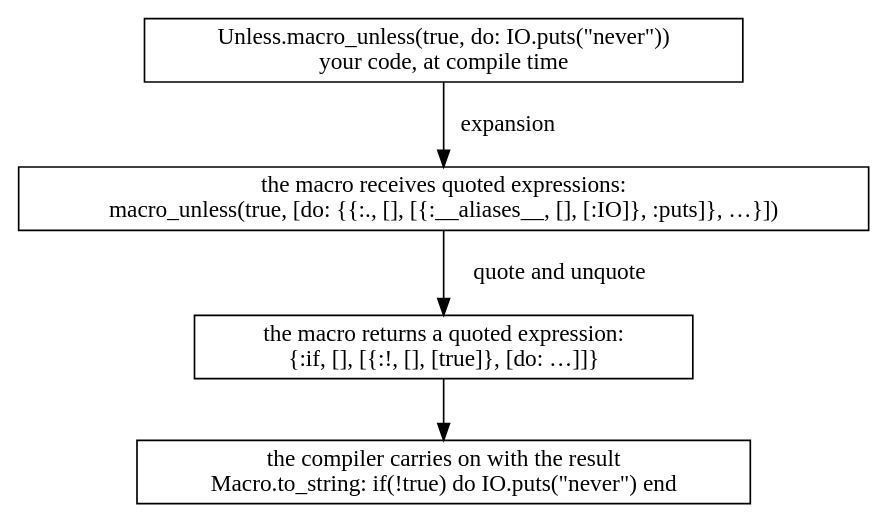
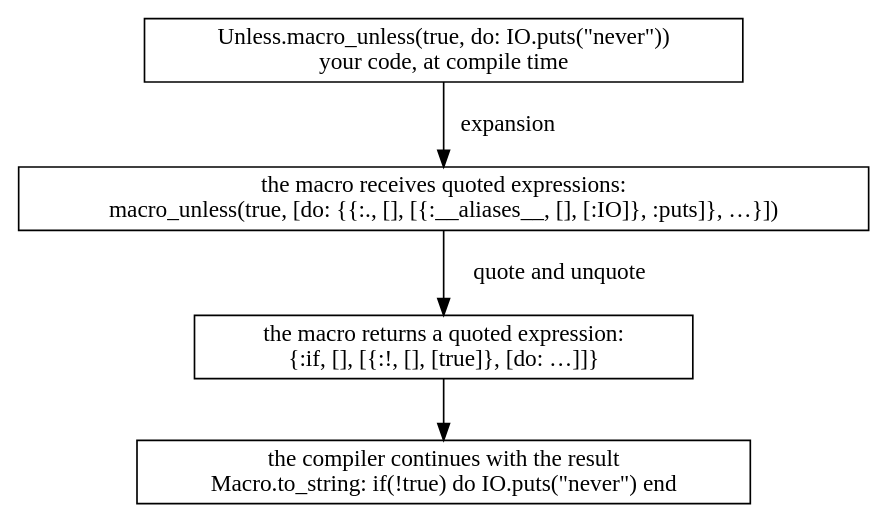
One commit to danceinthefake/visualixir changed the diagram in docs/diagrams/macros/expansion.dot. Above: the diagram before and after it, drawn with Graphviz. The commit also changed 37 other files, not shown here.

```diff
--- a/docs/diagrams/macros/expansion.dot
+++ b/docs/diagrams/macros/expansion.dot
@@ -1,10 +1,10 @@
 digraph expansion {
   node [shape=box]
   src [label="Unless.macro_unless(true, do: IO.puts(\"never\"))\nyour code, at compile time"]
   rec [label="the macro receives quoted expressions:\nmacro_unless(true, [do: {{:., [], [{:__aliases__, [], [:IO]}, :puts]}, …}])"]
   ret [label="the macro returns a quoted expression:\n{:if, [], [{:!, [], [true]}, [do: …]]}" class=hl]
-  comp [label="the compiler carries on with the result\nMacro.to_string: if(!true) do IO.puts(\"never\") end"]
+  comp [label="the compiler continues with the result\nMacro.to_string: if(!true) do IO.puts(\"never\") end"]
   src -> rec [label=" expansion"]
   rec -> ret [label=" quote and unquote"]
   ret -> comp
 }
```
